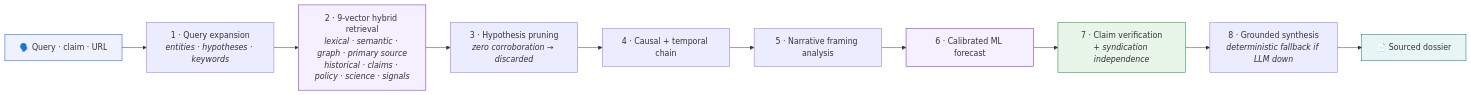
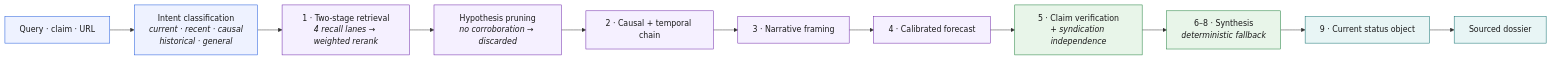
Before and after one commit to xeevees-lab/pramana: the first of 7 diagrams in README.md, drawn with Mermaid. The commit also changed other lines of this file, not shown here.

````diff
--- a/README.md
+++ b/README.md
@@ -75,18 +77,22 @@
 ```mermaid
 flowchart LR
-    Q["🗣️ Query · claim · URL"] --> E["1 · Query expansion<br/><i>entities · hypotheses · keywords</i>"]
-    E --> R["2 · 9-vector hybrid retrieval<br/><i>lexical · semantic · graph · primary source<br/>historical · claims · policy · science · signals</i>"]
-    R --> P["3 · Hypothesis pruning<br/><i>zero corroboration → discarded</i>"]
-    P --> C["4 · Causal + temporal chain"]
-    C --> N["5 · Narrative framing analysis"]
-    N --> F["6 · Calibrated ML forecast"]
-    F --> V["7 · Claim verification<br/><i>+ syndication independence</i>"]
-    V --> S["8 · Grounded synthesis<br/><i>deterministic fallback if LLM down</i>"]
-    S --> A["📄 Sourced dossier"]
+    Q["Query · claim · URL"] --> I["Intent classification<br/><i>current · recent · causal<br/>historical · general</i>"]
+    I --> R["1 · Two-stage retrieval<br/><i>4 recall lanes → weighted rerank</i>"]
+    R --> P["Hypothesis pruning<br/><i>no corroboration → discarded</i>"]
+    P --> C["2 · Causal + temporal chain"]
+    C --> N["3 · Narrative framing"]
+    N --> F["4 · Calibrated forecast"]
+    F --> V["5 · Claim verification<br/><i>+ syndication independence</i>"]
+    V --> S["6–8 · Synthesis<br/><i>deterministic fallback</i>"]
+    S --> ST["9 · Current status object"]
+    ST --> A["Sourced dossier"]
 
-    style Q fill:#eef2ff,stroke:#1a56db
-    style R fill:#f5f0ff,stroke:#6b21a8
-    style F fill:#f5f0ff,stroke:#6b21a8
-    style V fill:#e8f5e9,stroke:#1a7d37
-    style A fill:#e8f5f5,stroke:#0e6e6e
+    classDef blue fill:#EEF2FF,stroke:#1A56DB,color:#1A1A1A
+    classDef violet fill:#F5F0FF,stroke:#6B21A8,color:#1A1A1A
+    classDef green fill:#E8F5E9,stroke:#1A7D37,color:#1A1A1A
+    classDef teal fill:#E8F5F5,stroke:#0E6E6E,color:#1A1A1A
+    class Q,I blue
+    class R,P,C,N,F violet
+    class V,S green
+    class ST,A teal
 ```
````
